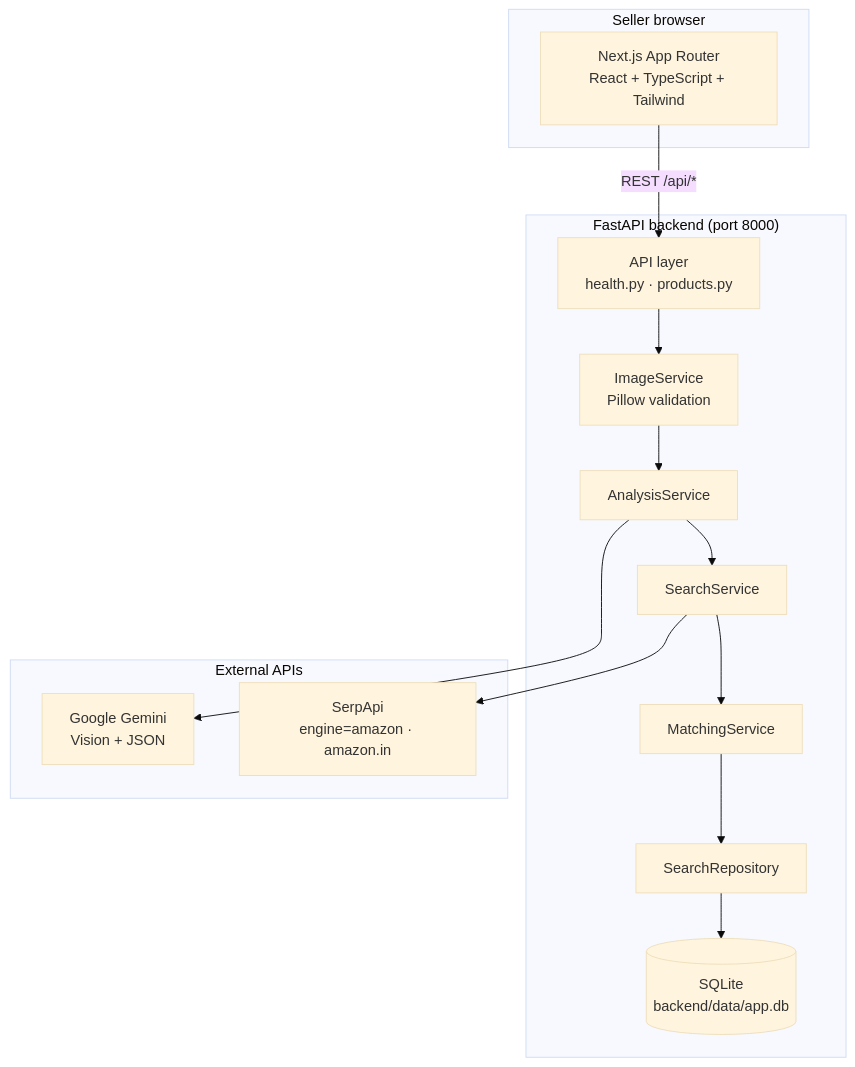
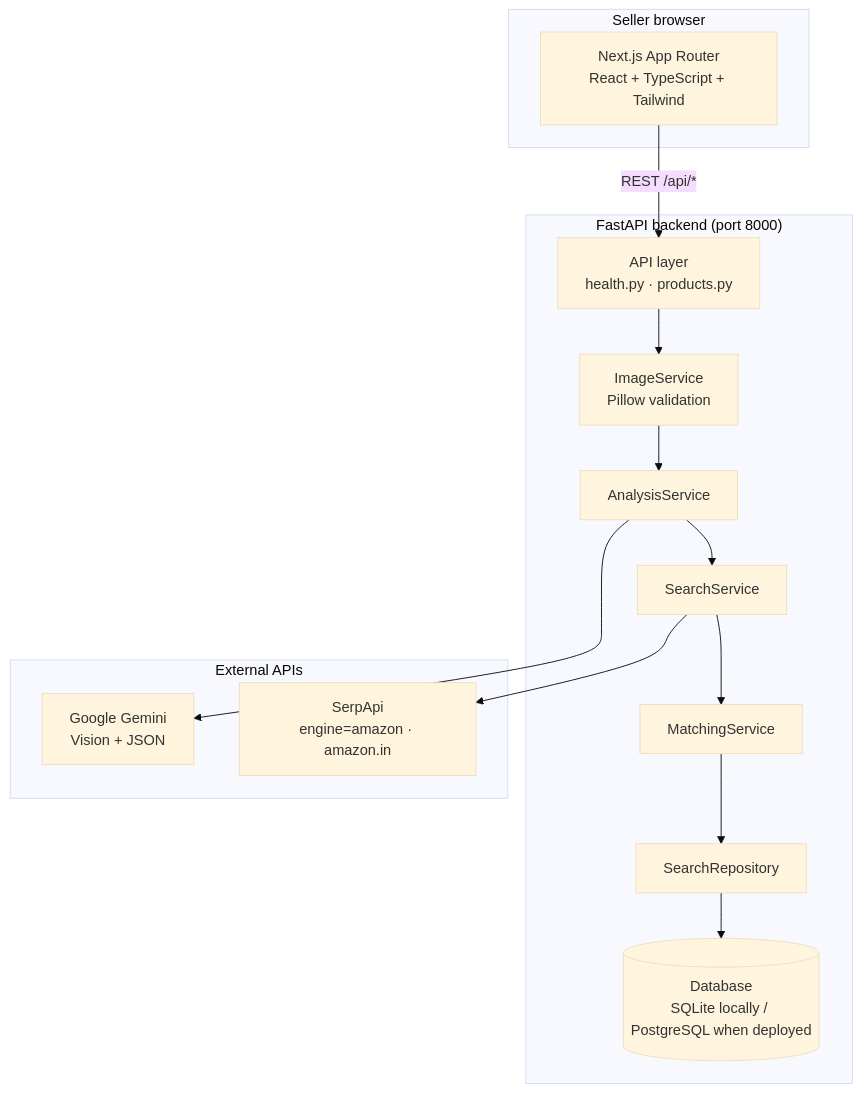
One commit to nikku45/Image-to-product changed the second of 5 diagrams in README.md. Above: the diagram before and after it, drawn with Mermaid (base theme). The commit also changed other lines of this file and 10 other files, not shown here.

````diff
--- a/README.md
+++ b/README.md
@@ -73,27 +74,27 @@
 ```mermaid
 flowchart TB
   subgraph Client["Seller browser"]
     UI["Next.js App Router<br/>React + TypeScript + Tailwind"]
   end
 
   subgraph Backend["FastAPI backend (port 8000)"]
     API["API layer<br/>health.py · products.py"]
     IMG["ImageService<br/>Pillow validation"]
     ANA["AnalysisService"]
     SRC["SearchService"]
     MAT["MatchingService"]
     REPO["SearchRepository"]
-    DB[("SQLite<br/>backend/data/app.db")]
+    DB[("Database<br/>SQLite locally / PostgreSQL when deployed")]
     API --> IMG --> ANA
     ANA --> SRC --> MAT --> REPO --> DB
   end
 
   subgraph External["External APIs"]
     GEM["Google Gemini<br/>Vision + JSON"]
     SERP["SerpApi<br/>engine=amazon · amazon.in"]
   end
 
   UI -->|"REST /api/*"| API
   ANA --> GEM
   SRC --> SERP
 ```
````
